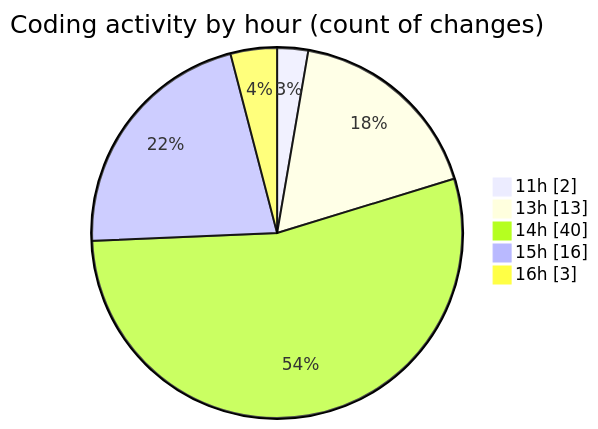
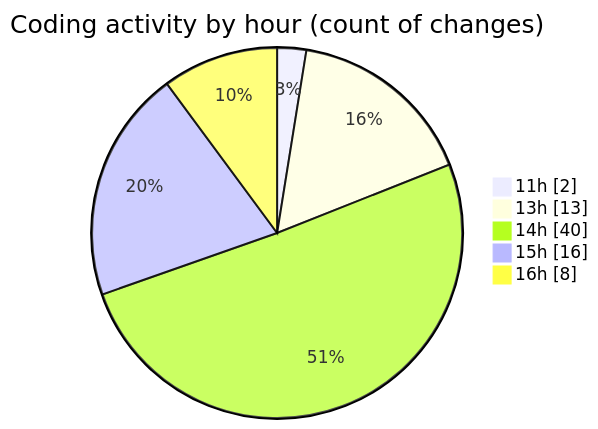
One commit to nxtqubesakshisongat/code-tracking changed the second of 2 diagrams in 2026-03-22/nxtqube_webapp/README.md. Above: the diagram before and after it, drawn with Mermaid. The commit also changed other lines of this file and 1 other file, not shown here.

````diff
--- a/2026-03-22/nxtqube_webapp/README.md
+++ b/2026-03-22/nxtqube_webapp/README.md
@@ -31,9 +33,9 @@
 ```mermaid
 pie showData
 title Coding activity by hour (count of changes)
 "11h" : 2
 "13h" : 13
 "14h" : 40
 "15h" : 16
-"16h" : 3
+"16h" : 8
 ```
````
